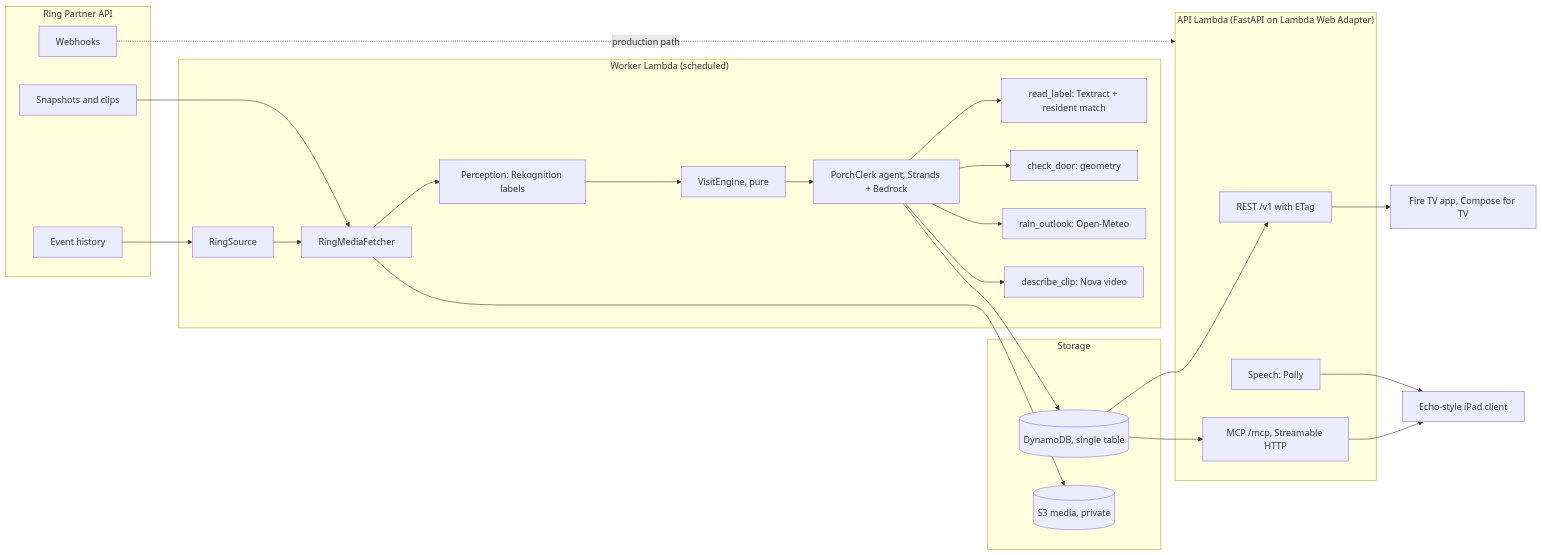
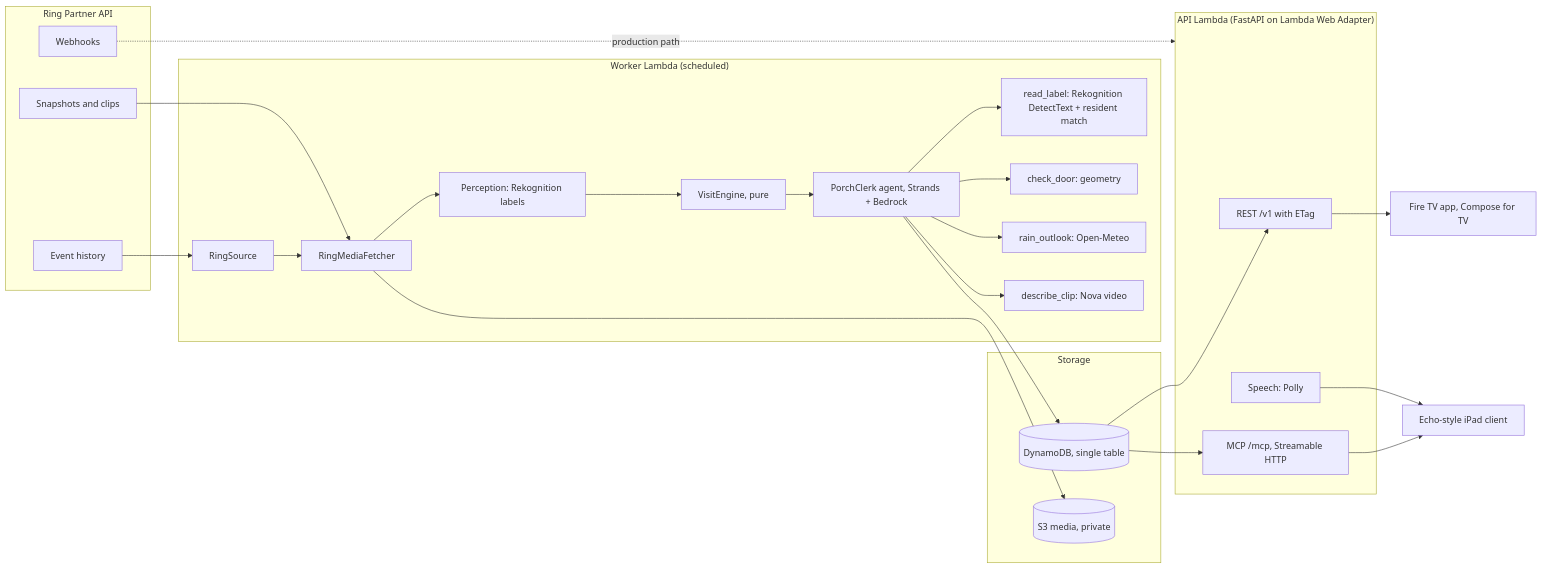
The diagram in docs/ARCHITECTURE.md (tanayvasishtha/porch-ledger), drawn with Mermaid before and after one commit. The commit also changed other lines of this file and 20 other files, not shown here.

Commit message:
AWS: deploy in the project home region, Bedrock pinned to us-east-1, Rekognition DetectText replaces Textract

````diff
--- a/docs/ARCHITECTURE.md
+++ b/docs/ARCHITECTURE.md
@@ -5,37 +5,37 @@
 ```mermaid
 flowchart LR
   subgraph Ring["Ring Partner API"]
     H[Event history]
     M[Snapshots and clips]
     W[Webhooks]
   end
   subgraph Worker["Worker Lambda (scheduled)"]
     S[RingSource] --> F[RingMediaFetcher]
     F --> P[Perception: Rekognition labels]
     P --> E[VisitEngine, pure]
     E --> C[PorchClerk agent, Strands + Bedrock]
-    C --> T1[read_label: Textract + resident match]
+    C --> T1[read_label: Rekognition DetectText + resident match]
     C --> T2[check_door: geometry]
     C --> T3[rain_outlook: Open-Meteo]
     C --> T4[describe_clip: Nova video]
   end
   subgraph Store["Storage"]
     D[(DynamoDB, single table)]
     B[(S3 media, private)]
   end
   subgraph Api["API Lambda (FastAPI on Lambda Web Adapter)"]
     R[REST /v1 with ETag]
     X[MCP /mcp, Streamable HTTP]
     V[Speech: Polly]
   end
   H --> S
   M --> F
   W -. production path .-> Api
   C --> D
   F --> B
   D --> R
   D --> X
   R --> TV[Fire TV app, Compose for TV]
   X --> EC[Echo-style iPad client]
   V --> EC
 ```
````
